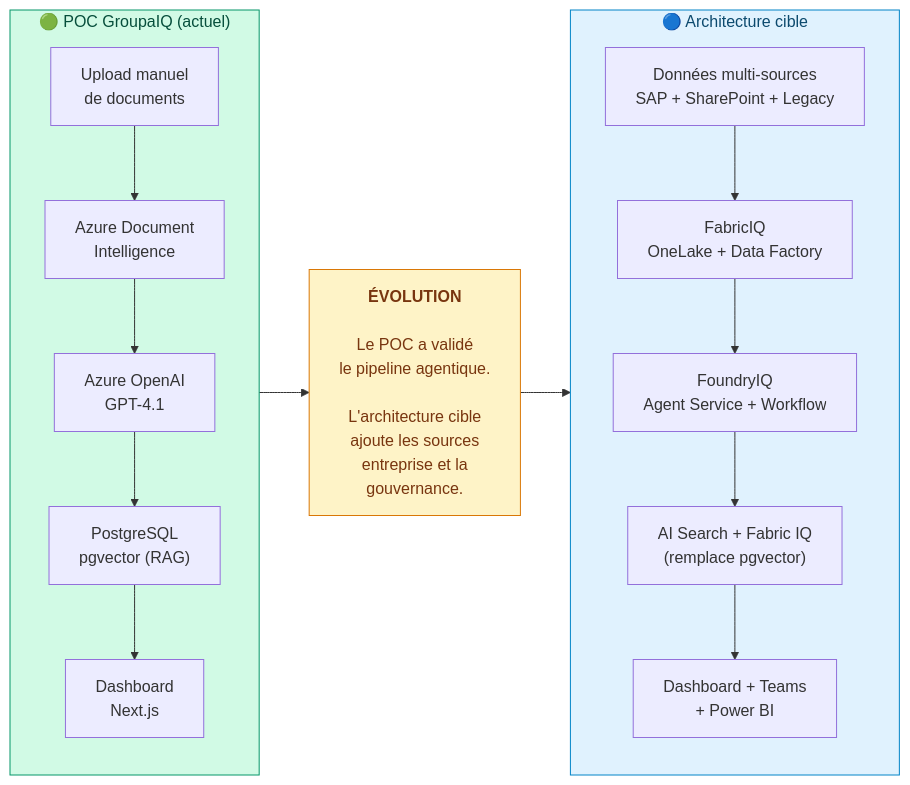
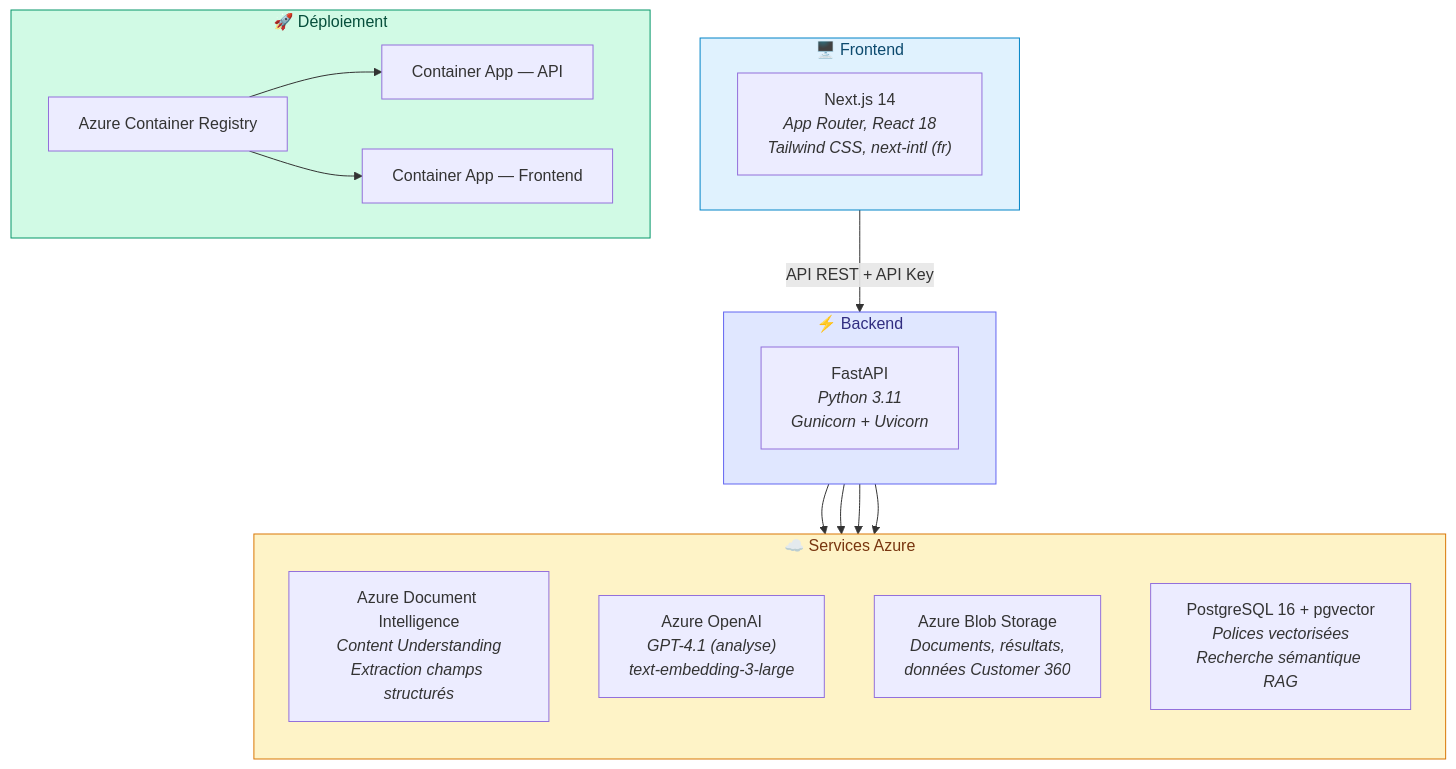
One commit to olivMertens/WorkbenchIQ changed the third of 6 diagrams in docs/ARCHITECTURE-AGENTIC.md. Above: the diagram before and after it, drawn with Mermaid. The commit also changed other lines of this file and 5 other files, not shown here.

First line of the commit message:
feat: fix CU extraction flickering + analyzer schema viewer + architecture docs split

````diff
--- a/docs/ARCHITECTURE-AGENTIC.md
+++ b/docs/ARCHITECTURE-AGENTIC.md
@@ -420,32 +106,37 @@
 ```mermaid
-graph LR
-    subgraph POC["🟢 POC GroupaIQ (actuel)"]
-        direction TB
-        P1["Upload manuel<br/>de documents"]
-        P2["Azure Document<br/>Intelligence"]
-        P3["Azure OpenAI<br/>GPT-4.1"]
-        P4["PostgreSQL<br/>pgvector (RAG)"]
-        P5["Dashboard<br/>Next.js"]
-
-        P1 --> P2 --> P3 --> P4 --> P5
+graph TB
+    subgraph CLIENT["🖥️ Frontend"]
+        NEXT["Next.js 14<br/><i>App Router, React 18<br/>Tailwind CSS, next-intl (fr)</i>"]
     end
 
-    ARROW["<b>ÉVOLUTION</b><br/><br/>Le POC a validé<br/>le pipeline agentique.<br/><br/>L'architecture cible<br/>ajoute les sources<br/>entreprise et la<br/>gouvernance."]
-
-    subgraph TARGET["🔵 Architecture cible"]
-        direction TB
-        T1["Données multi-sources<br/>SAP + SharePoint + Legacy"]
-        T2["FabricIQ<br/>OneLake + Data Factory"]
-        T3["FoundryIQ<br/>Agent Service + Workflow"]
-        T4["AI Search + Fabric IQ<br/>(remplace pgvector)"]
-        T5["Dashboard + Teams<br/>+ Power BI"]
-
-        T1 --> T2 --> T3 --> T4 --> T5
+    subgraph API["⚡ Backend"]
+        FAST["FastAPI<br/><i>Python 3.11<br/>Gunicorn + Uvicorn</i>"]
     end
 
-    POC --> ARROW --> TARGET
+    subgraph AZURE["☁️ Services Azure"]
+        direction TB
+        CU["Azure Document Intelligence<br/><i>Content Understanding<br/>Extraction champs structurés</i>"]
+        OPENAI["Azure OpenAI<br/><i>GPT-4.1 (analyse)<br/>text-embedding-3-large</i>"]
+        BLOB["Azure Blob Storage<br/><i>Documents, résultats,<br/>données Customer 360</i>"]
+        PG["PostgreSQL 16 + pgvector<br/><i>Polices vectorisées<br/>Recherche sémantique RAG</i>"]
+    end
 
-    style POC fill:#d1fae5,stroke:#059669,color:#064e3b
-    style ARROW fill:#fef3c7,stroke:#d97706,color:#78350f
-    style TARGET fill:#e0f2fe,stroke:#0284c7,color:#0c4a6e
+    subgraph DEPLOY["🚀 Déploiement"]
+        ACR["Azure Container Registry"]
+        ACA_API["Container App — API"]
+        ACA_FE["Container App — Frontend"]
+    end
+
+    CLIENT -->|"API REST + API Key"| API
+    API --> CU
+    API --> OPENAI
+    API --> BLOB
+    API --> PG
+    ACR --> ACA_API
+    ACR --> ACA_FE
+
+    style CLIENT fill:#e0f2fe,stroke:#0284c7,color:#0c4a6e
+    style API fill:#e0e7ff,stroke:#6366f1,color:#312e81
+    style AZURE fill:#fef3c7,stroke:#d97706,color:#78350f
+    style DEPLOY fill:#d1fae5,stroke:#059669,color:#064e3b
 ```
````
